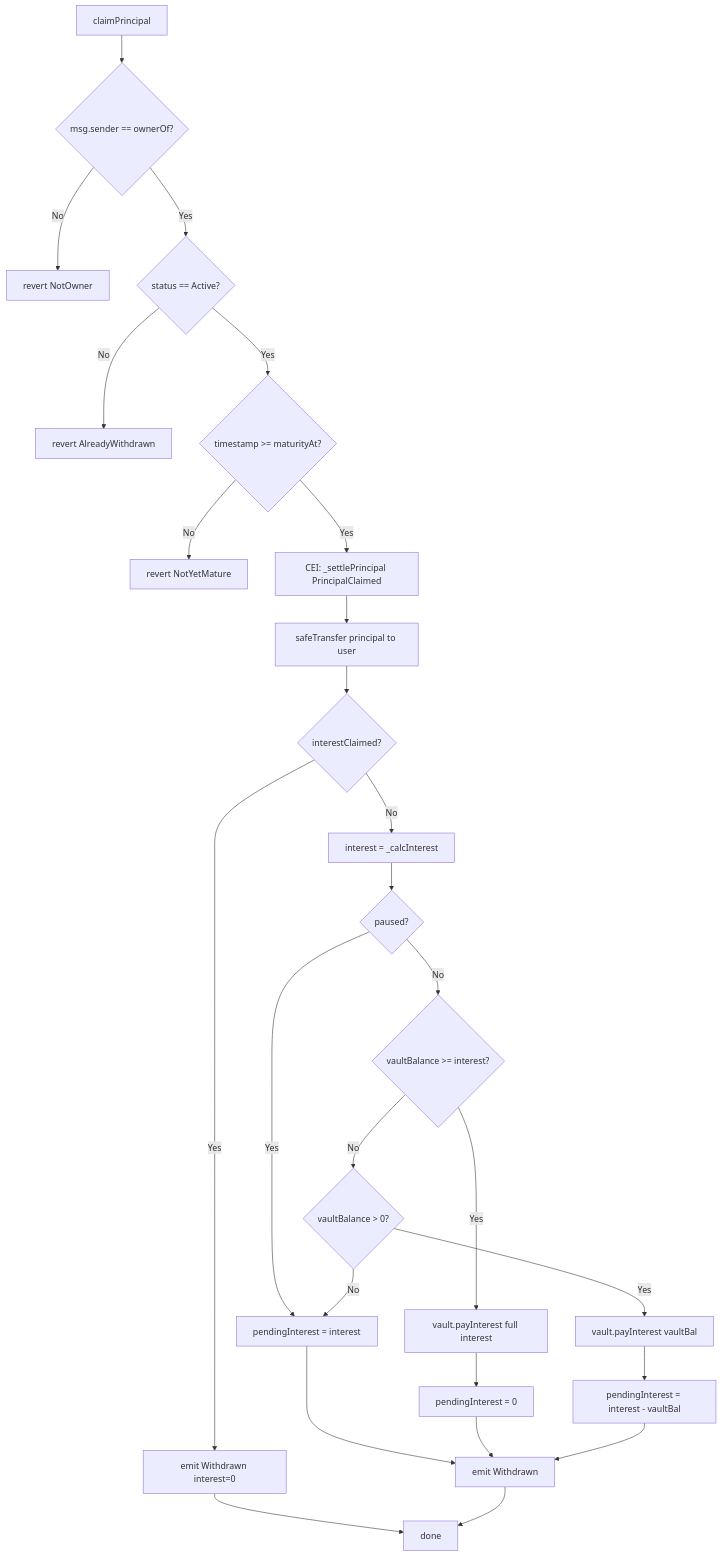
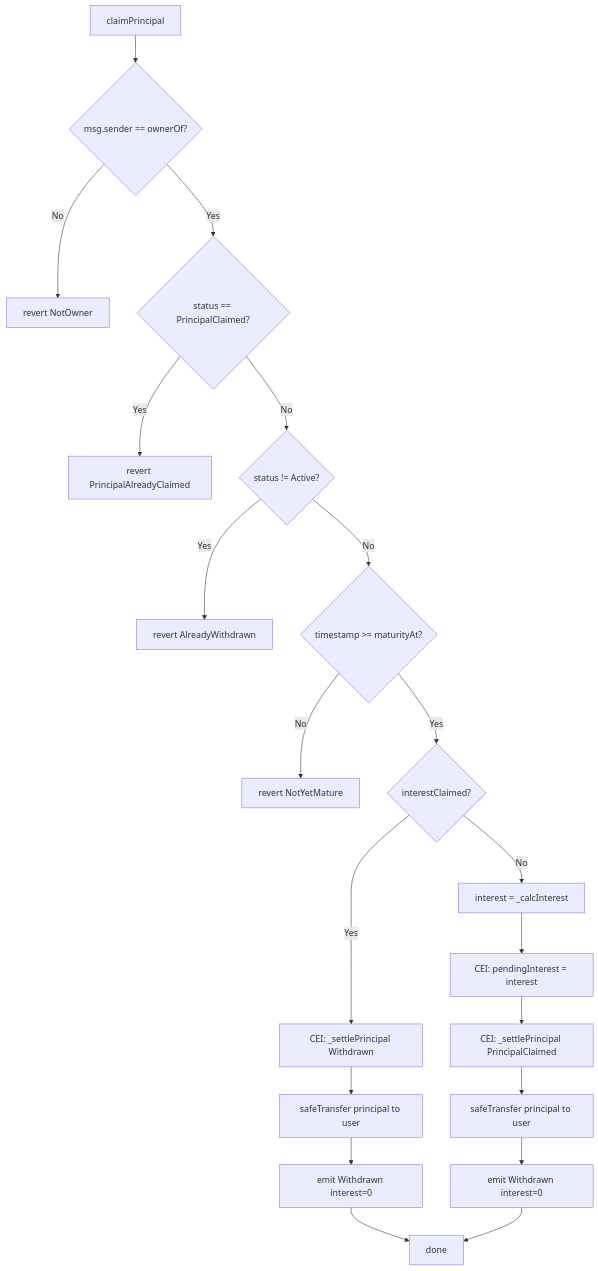
Before and after one commit to yang-sin-pal/AC_BlockChain_Online_Saving: the third of 8 diagrams in docs/Reports/bugs/state-machine-status.md, drawn with Mermaid. The commit also changed other lines of this file and 7 other files, not shown here.

````diff
--- a/docs/Reports/bugs/state-machine-status.md
+++ b/docs/Reports/bugs/state-machine-status.md
@@ -158,31 +152,25 @@
 ```mermaid
 flowchart TD
     A[claimPrincipal] --> B{msg.sender == ownerOf?}
     B -- No --> R1[revert NotOwner]
-    B -- Yes --> C{status == Active?}
-    C -- No --> R2[revert AlreadyWithdrawn]
-    C -- Yes --> D{timestamp >= maturityAt?}
-    D -- No --> R3[revert NotYetMature]
-    D -- Yes --> E[CEI: _settlePrincipal PrincipalClaimed]
-    E --> F[safeTransfer principal to user]
-    F --> G{interestClaimed?}
+    B -- Yes --> C{status == PrincipalClaimed?}
+    C -- Yes --> R2[revert PrincipalAlreadyClaimed]
+    C -- No --> D{status != Active?}
+    D -- Yes --> R3[revert AlreadyWithdrawn]
+    D -- No --> E{timestamp >= maturityAt?}
+    E -- No --> R4[revert NotYetMature]
+    E -- Yes --> F{interestClaimed?}
 
-    G -- Yes --> H[emit Withdrawn interest=0]
+    F -- Yes --> G[CEI: _settlePrincipal Withdrawn]
+    G --> H[safeTransfer principal to user]
+    H --> I[emit Withdrawn interest=0]
 
-    G -- No --> I[interest = _calcInterest]
-    I --> J{paused?}
-    J -- Yes --> K[pendingInterest = interest]
-    J -- No --> L{vaultBalance >= interest?}
-    L -- Yes --> M[vault.payInterest full interest]
-    M --> N[pendingInterest = 0]
-    L -- No --> O{vaultBalance > 0?}
-    O -- Yes --> P[vault.payInterest vaultBal]
-    P --> Q[pendingInterest = interest - vaultBal]
-    O -- No --> K
+    F -- No --> J[interest = _calcInterest]
+    J --> K[CEI: pendingInterest = interest]
+    K --> L[CEI: _settlePrincipal PrincipalClaimed]
+    L --> M[safeTransfer principal to user]
+    M --> N[emit Withdrawn interest=0]
 
-    K --> R[emit Withdrawn]
-    N --> R
-    Q --> R
-    H --> S[done]
-    R --> S
+    I --> O[done]
+    N --> O
 ```
````
